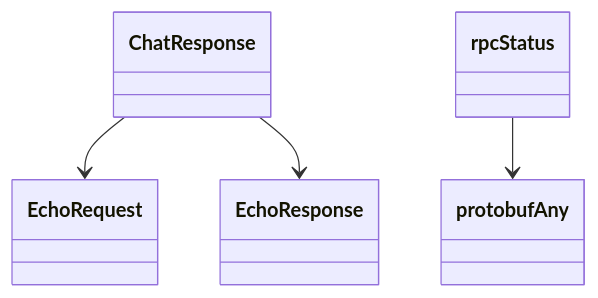
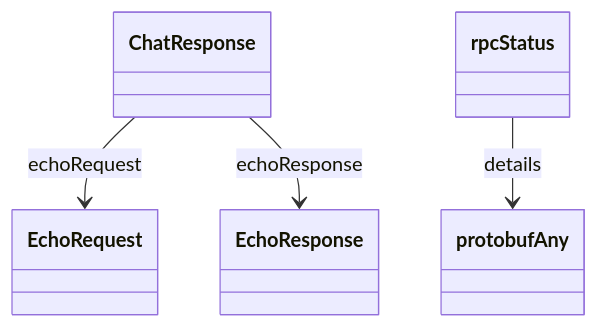
Before and after one commit to alexdearaujo/community_sdk_python: the diagram in docs/sphinx/services/diagnostic.md, drawn with Mermaid. The commit also changed other lines of this file and 129 other files, not shown here.

````diff
--- a/docs/sphinx/services/diagnostic.md
+++ b/docs/sphinx/services/diagnostic.md
@@ -15,11 +17,11 @@
 ```mermaid
 classDiagram
     class ChatResponse
     class EchoRequest
     class EchoResponse
     class protobufAny
     class rpcStatus
-    ChatResponse --> EchoRequest
-    ChatResponse --> EchoResponse
-    rpcStatus --> protobufAny
+    ChatResponse --> EchoRequest : echoRequest
+    ChatResponse --> EchoResponse : echoResponse
+    rpcStatus --> protobufAny : details
 ```
````
